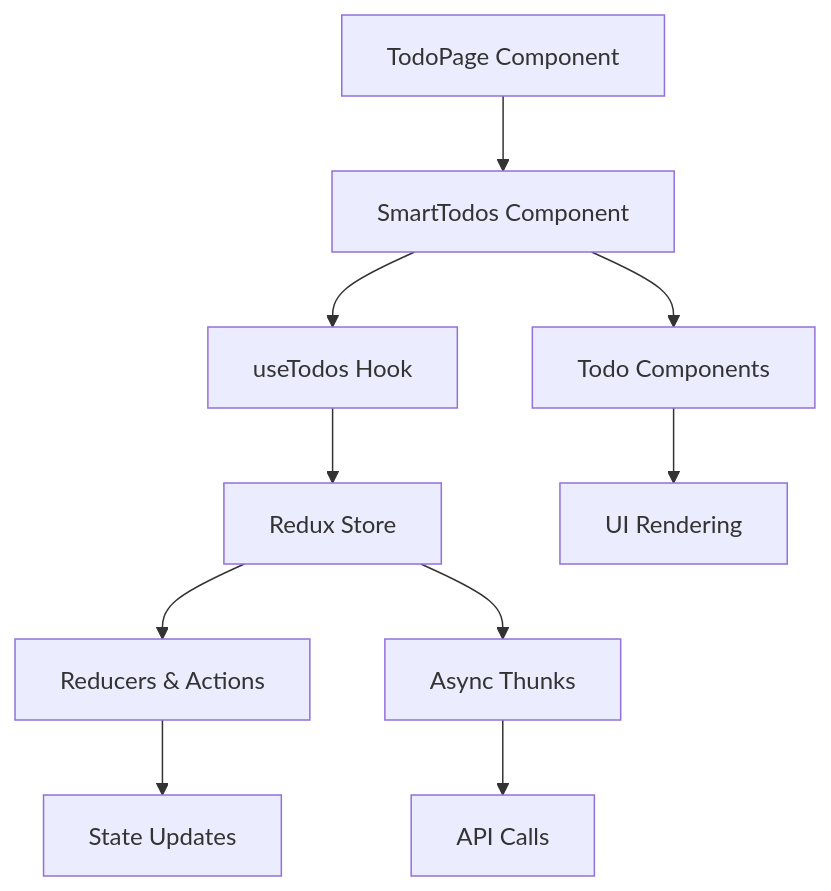
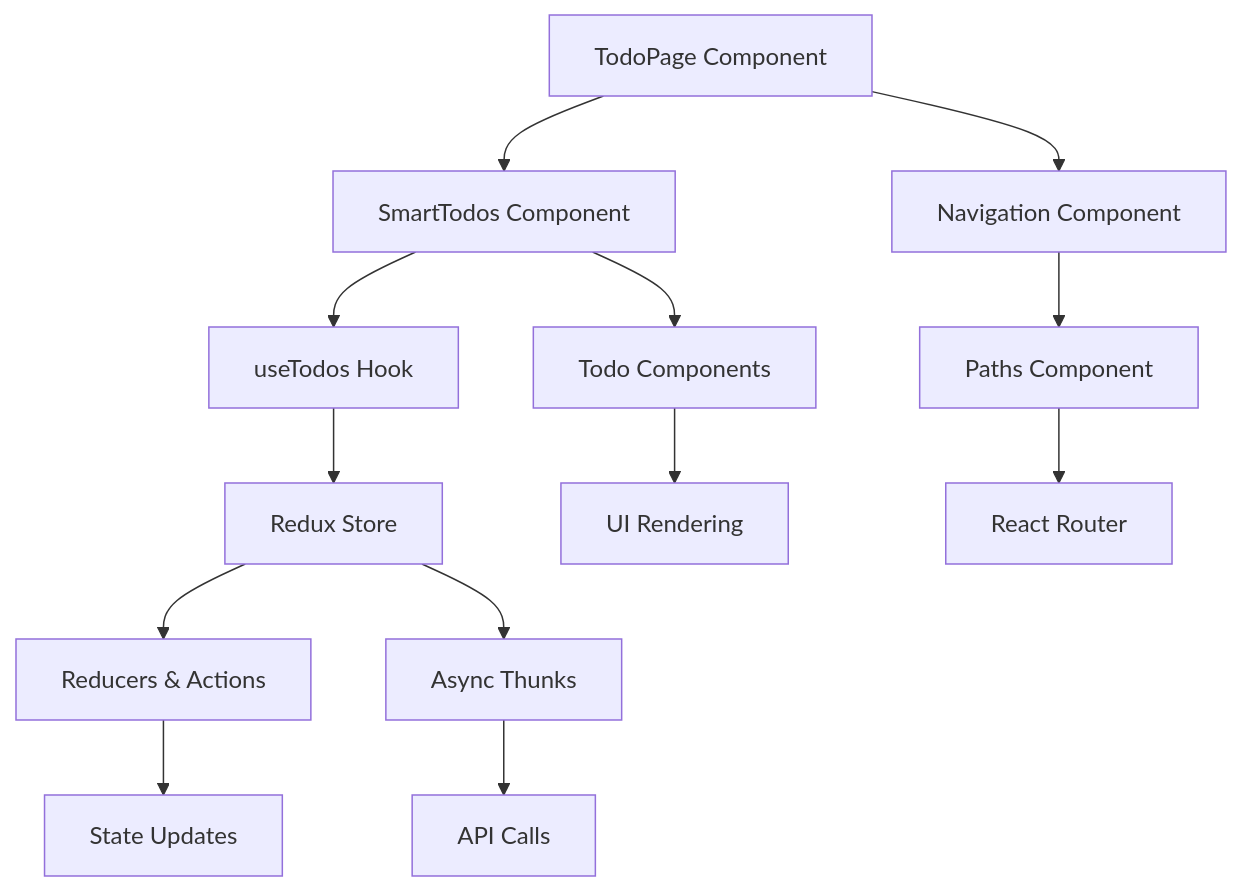
The diagram in README.md (BenSimmers/clean-react), drawn with Mermaid before and after one commit. The commit also changed other lines of this file, not shown here.

````diff
--- a/README.md
+++ b/README.md
@@ -8,12 +8,15 @@
 ```mermaid
 graph TD
     A[TodoPage Component] --> B[SmartTodos Component]
     B --> C[useTodos Hook]
     C --> D[Redux Store]
     D --> E[Reducers & Actions]
     E --> F[State Updates]
     D --> G[Async Thunks]
     G --> H[API Calls]
     B --> I[Todo Components]
     I --> J[UI Rendering]
+    A --> K[Navigation Component]
+    K --> L[Paths Component]
+    L --> M[React Router]
 ```
````
